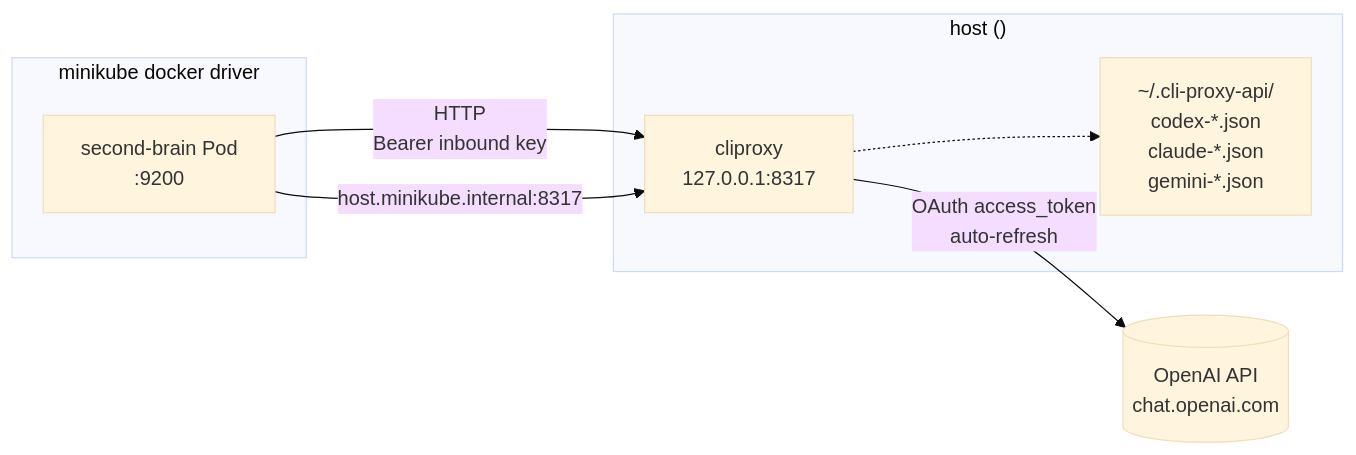
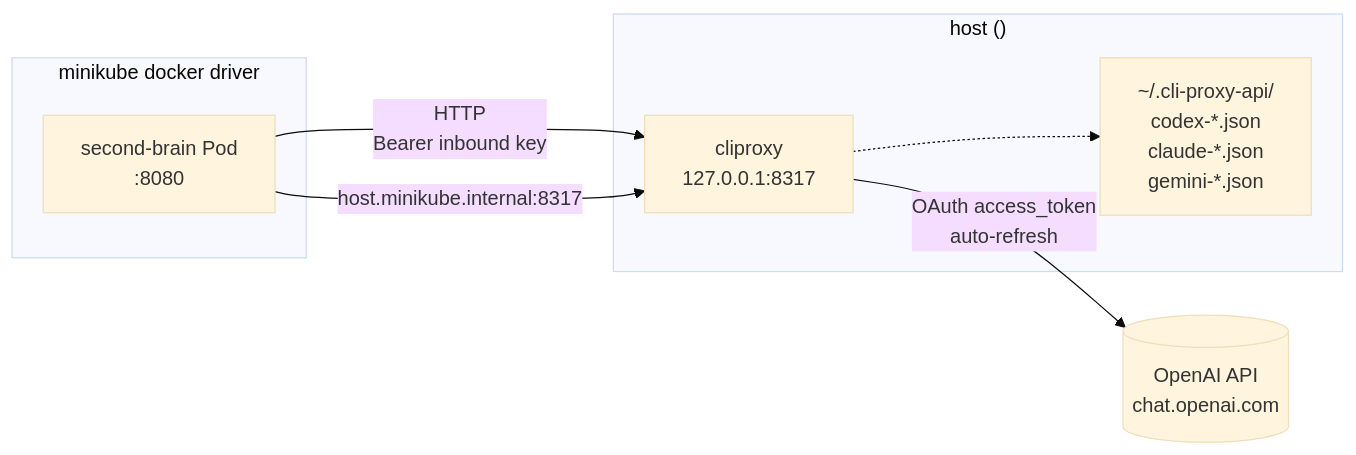
The eighth of 8 diagrams in ARCHITECTURE.en.md (baekenough/second-brain), drawn with Mermaid (base theme) before and after one commit. The commit also changed other lines of this file and 5 other files, not shown here.

Commit message:
docs: update documentation for curation API architecture

````diff
--- a/ARCHITECTURE.en.md
+++ b/ARCHITECTURE.en.md
@@ -900,17 +902,17 @@
 ```mermaid
 flowchart LR
-    pod[second-brain Pod<br/>:9200] -- "HTTP<br/>Bearer inbound key" --> cliproxy[cliproxy<br/>127.0.0.1:8317]
+    pod[second-brain Pod<br/>:8080] -- "HTTP<br/>Bearer inbound key" --> cliproxy[cliproxy<br/>127.0.0.1:8317]
     cliproxy -- "OAuth access_token<br/>auto-refresh" --> upstream[(OpenAI API<br/>chat.openai.com)]
 
     subgraph host["host (<deploy-host>)"]
       cliproxy
       auth["~/.cli-proxy-api/<br/>codex-*.json<br/>claude-*.json<br/>gemini-*.json"]
       cliproxy -.-> auth
     end
 
     subgraph minikube["minikube docker driver"]
       pod
     end
 
     pod -->|host.minikube.internal:8317| cliproxy
 ```
````
